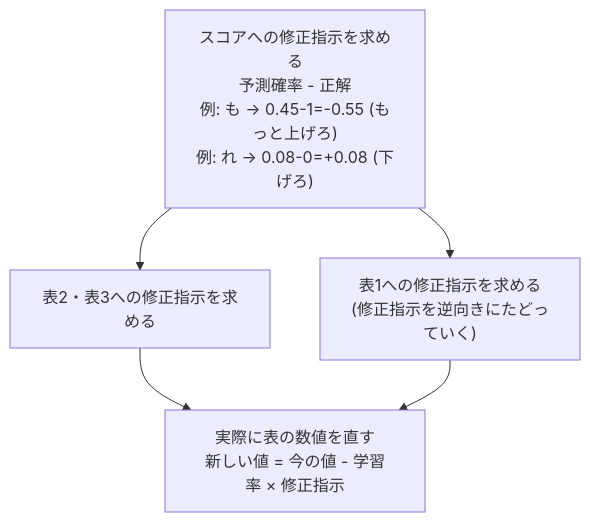
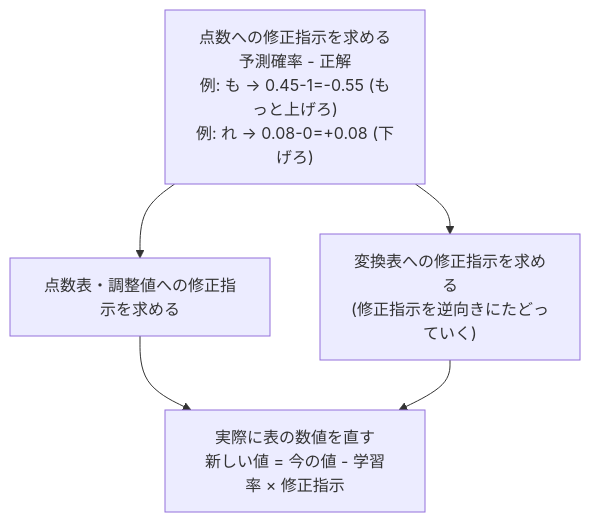
One commit to tommykey0925/rawminilm changed the third of 3 diagrams in README.md. Above: the diagram before and after it, drawn with Mermaid. The commit also changed other lines of this file and 1 other file, not shown here.

````diff
--- a/README.md
+++ b/README.md
@@ -154,10 +160,10 @@
 ```mermaid
 flowchart TD
-    A["スコアへの修正指示を求める<br>予測確率 - 正解<br>例: も → 0.45-1=-0.55 (もっと上げろ)<br>例: れ → 0.08-0=+0.08 (下げろ)"]
-    B["表2・表3への修正指示を求める"]
-    C["表1への修正指示を求める<br>(修正指示を逆向きにたどっていく)"]
+    A["点数への修正指示を求める<br>予測確率 - 正解<br>例: も → 0.45-1=-0.55 (もっと上げろ)<br>例: れ → 0.08-0=+0.08 (下げろ)"]
+    B["点数表・調整値への修正指示を求める"]
+    C["変換表への修正指示を求める<br>(修正指示を逆向きにたどっていく)"]
     D["実際に表の数値を直す<br>新しい値 = 今の値 - 学習率 × 修正指示"]
 
     A --> B --> D
     A --> C --> D
 ```
````
